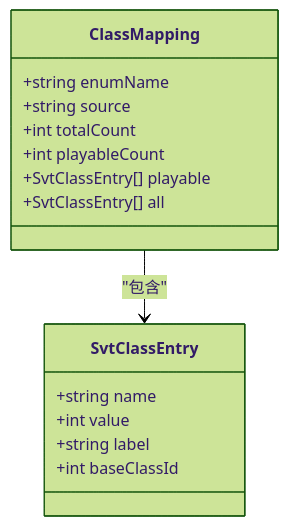
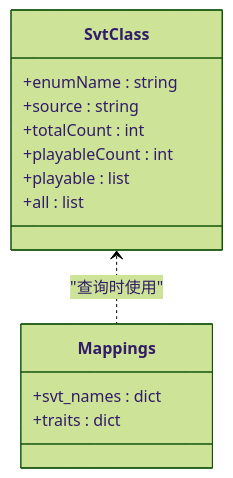
Before and after one commit to kanoha222/Laplace: the fourth of 8 diagrams in .qoder/repowiki/zh/content/知识库系统/知识库系统.md, drawn with Mermaid (forest theme). The commit also changed other lines of this file and 54 other files, not shown here.

````diff
--- a/.qoder/repowiki/zh/content/知识库系统/知识库系统.md
+++ b/.qoder/repowiki/zh/content/知识库系统/知识库系统.md
@@ -202,18 +203,16 @@
 ```mermaid
 classDiagram
-class SvtClassEntry {
-+string name
-+int value
-+string label
-+int baseClassId
+class SvtClass {
++enumName : string
++source : string
++totalCount : int
++playableCount : int
++playable : list
++all : list
 }
-class ClassMapping {
-+string enumName
-+string source
-+int totalCount
-+int playableCount
-+SvtClassEntry[] playable
-+SvtClassEntry[] all
+class Mappings {
++svt_names : dict
++traits : dict
 }
-ClassMapping --> SvtClassEntry : "包含"
+SvtClass <.. Mappings : "查询时使用"
 ```
````
